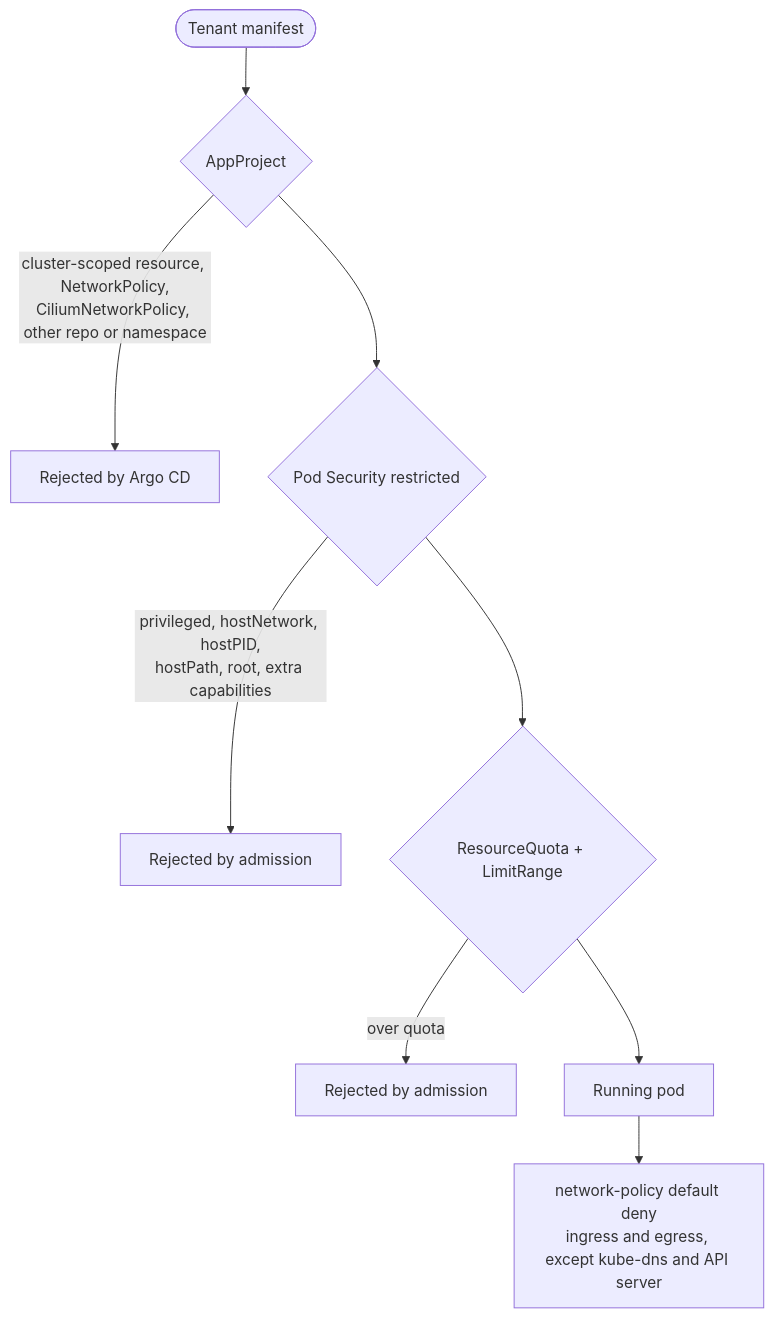
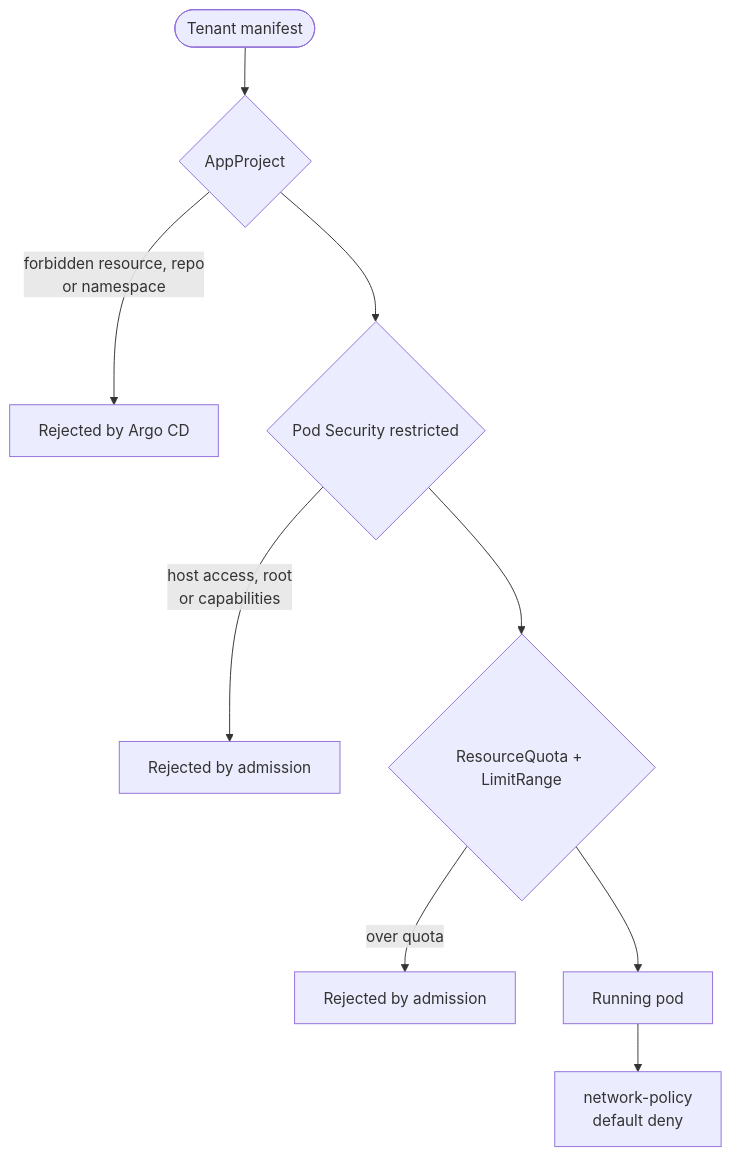
The second of 2 diagrams in docs/concepts/tenant-isolation.md (gsuquet/infra), drawn with Mermaid before and after one commit. The commit also changed other lines of this file and 16 other files, not shown here.

````diff
--- a/docs/concepts/tenant-isolation.md
+++ b/docs/concepts/tenant-isolation.md
@@ -37,11 +35,11 @@
 ```mermaid
 flowchart TB
     t([Tenant manifest]) --> l1{AppProject}
-    l1 -->|cluster-scoped resource, NetworkPolicy,<br/>CiliumNetworkPolicy, other repo or namespace| x1[Rejected by Argo CD]
+    l1 -->|forbidden resource, repo<br/>or namespace| x1[Rejected by Argo CD]
     l1 --> l2{Pod Security restricted}
-    l2 -->|privileged, hostNetwork, hostPID,<br/>hostPath, root, extra capabilities| x2[Rejected by admission]
+    l2 -->|host access, root<br/>or capabilities| x2[Rejected by admission]
     l2 --> l3{ResourceQuota + LimitRange}
     l3 -->|over quota| x3[Rejected by admission]
     l3 --> l4[Running pod]
-    l4 --> np[network-policy default deny<br/>ingress and egress, except kube-dns and API server]
+    l4 --> np[network-policy<br/>default deny]
 ```
````
